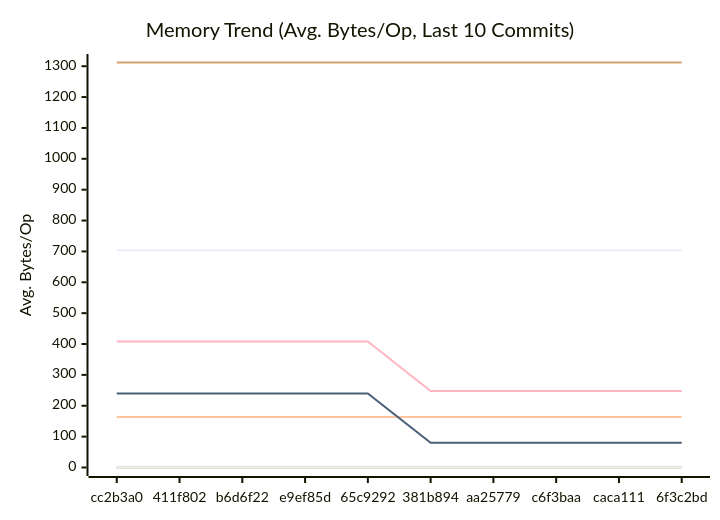
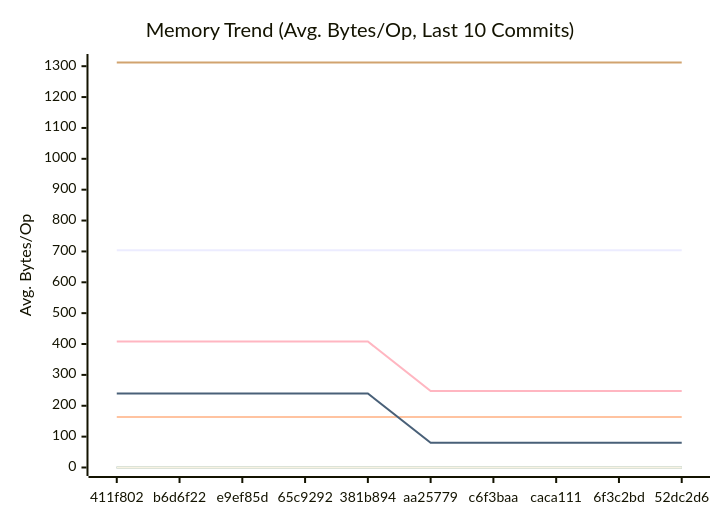
The second of 3 diagrams in docs/PERFORMANCE.md (alsotoes/momo), drawn with Mermaid before and after one commit. The commit also changed other lines of this file and 3 other files, not shown here.

````diff
--- a/docs/PERFORMANCE.md
+++ b/docs/PERFORMANCE.md
@@ -152,18 +152,18 @@
 ```mermaid
 xychart-beta
     title "Memory Trend (Avg. Bytes/Op, Last 10 Commits)"
     x-axis "Commit"
     y-axis "Avg. Bytes/Op"
-    x-axis [cc2b3a0,411f802,b6d6f22,e9ef85d,65c9292,381b894,aa25779,c6f3baa,caca111,6f3c2bd]
+    x-axis [411f802,b6d6f22,e9ef85d,65c9292,381b894,aa25779,c6f3baa,caca111,6f3c2bd,52dc2d6]
     line "CheckMetricsAndSwap" [0,0,0,0,0,0,0,0,0,0]
     line "CrushOptimized" [0,0,0,0,0,0,0,0,0,0]
     line "CrushOriginal" [164,164,164,164,164,164,164,164,164,164]
     line "IndexDirectTracking" [0,0,0,0,0,0,0,0,0,0]
     line "IndexSearch" [0,0,0,0,0,0,0,0,0,0]
     line "LoadGlobalConfig" [1312,1312,1312,1312,1312,1312,1312,1312,1312,1312]
     line "PadString" [0,0,0,0,0,0,0,0,0,0]
     line "ParseReplicationOrder_NoPrealloc" [408,408,408,408,408,248,248,248,248,248]
     line "ParseReplicationOrder_Prealloc" [240,240,240,240,240,80,80,80,80,80]
     line "SanitizeLog/Safe" [0,0,0,0,0,0,0,0,0,0]
     line "SanitizeLog/Unsafe" [704,704,704,704,704,704,704,704,704,704]
 ```
````
